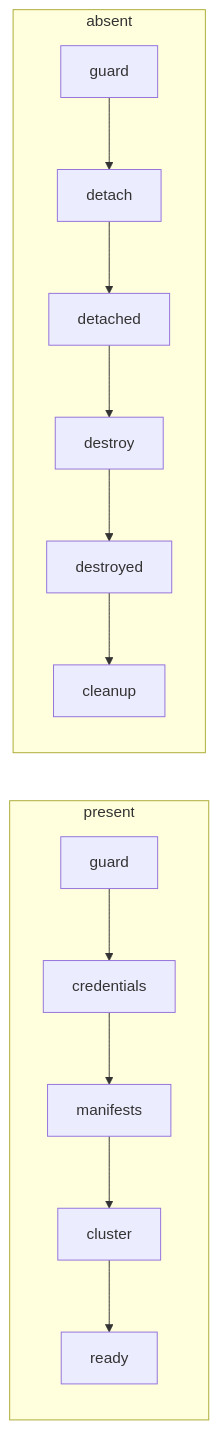
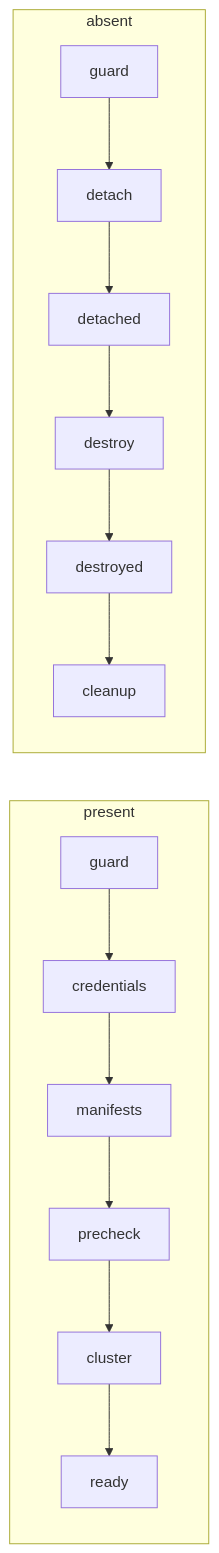
Before and after one commit to PolicyStack/PolicyStack: the second of 2 diagrams in docs/concepts/lifecycle.md, drawn with Mermaid. The commit also changed other lines of this file and 10 other files, not shown here.

````diff
--- a/docs/concepts/lifecycle.md
+++ b/docs/concepts/lifecycle.md
@@ -120,9 +120,9 @@
 ```mermaid
 flowchart LR
   subgraph present
-    pg[guard] --> pc[credentials] --> pm[manifests] --> pcl[cluster] --> pr[ready]
+    pg[guard] --> pc[credentials] --> pm[manifests] --> pp[precheck] --> pcl[cluster] --> pr[ready]
   end
   subgraph absent
     ag[guard] --> ad[detach] --> adt[detached] --> ax[destroy] --> axd[destroyed] --> acl[cleanup]
   end
 ```
````
